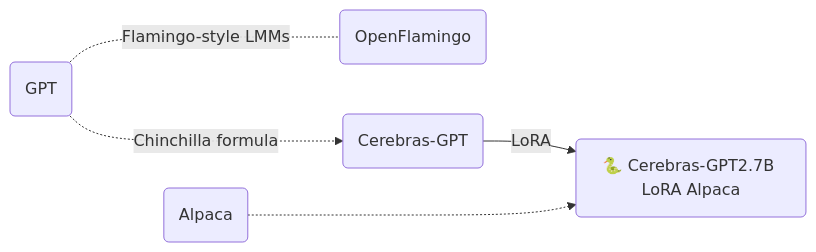
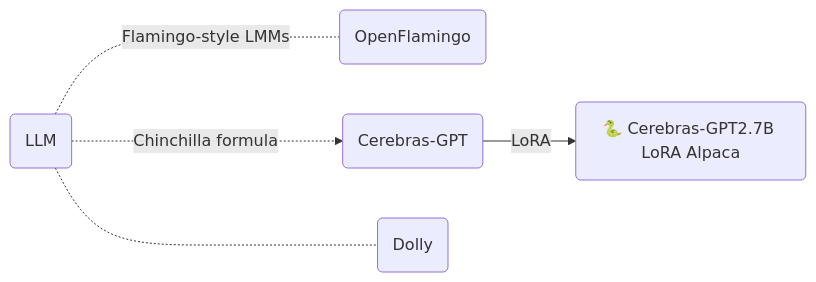
Before and after one commit to gist-rs/book: the third of 4 diagrams in src/ml/llama.md, drawn with Mermaid. The commit also changed other lines of this file, not shown here.

Commit message:
feat: add Dolly 2

````diff
--- a/src/ml/llama.md
+++ b/src/ml/llama.md
@@ -97,7 +97,7 @@
 ```mermaid
 graph LR;
-Z("GPT")
+Z("LLM")
 Z-.Flamingo-style LMMs..-X("OpenFlamingo")
 Z-.Chinchilla formula..->Y("Cerebras-GPT")--LoRA--> YY("🐍 Cerebras-GPT2.7B LoRA Alpaca")
-W("Alpaca")-..->YY
+Z-..-ZZ("Dolly")
 ```
````
